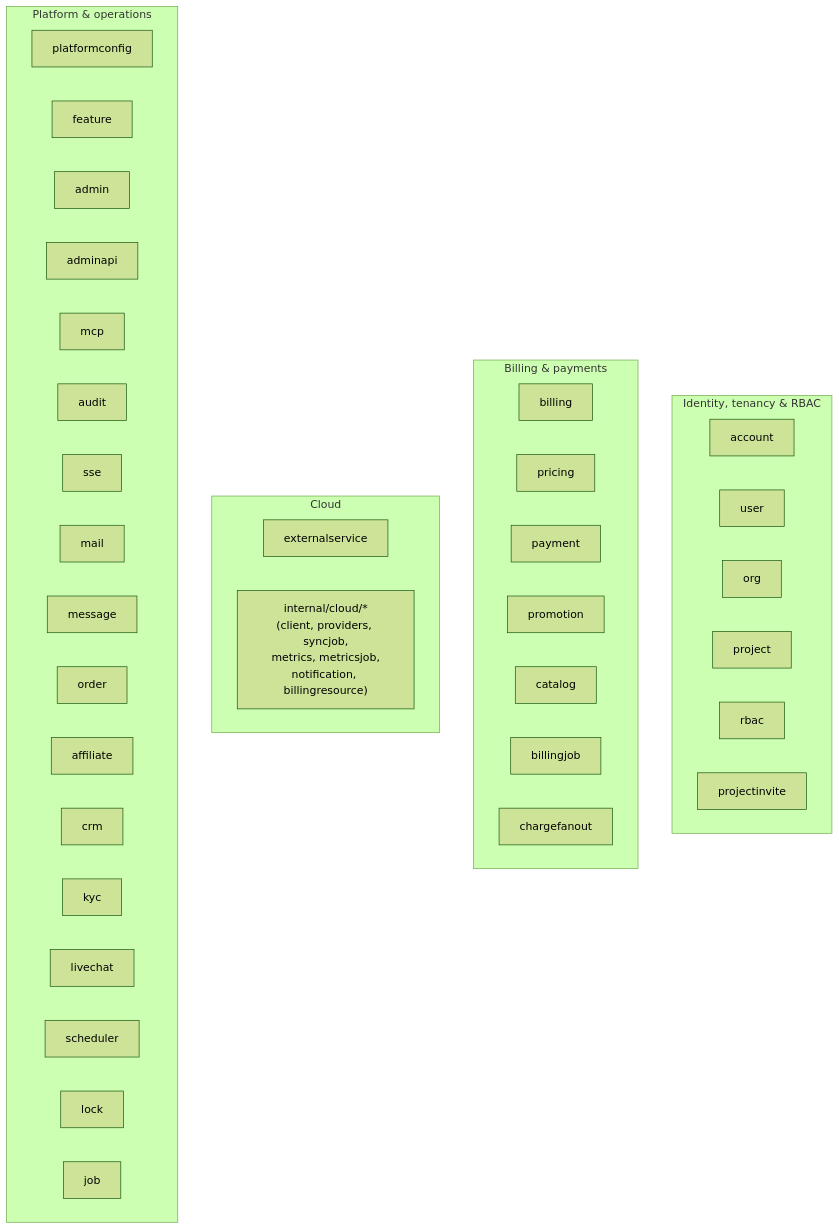
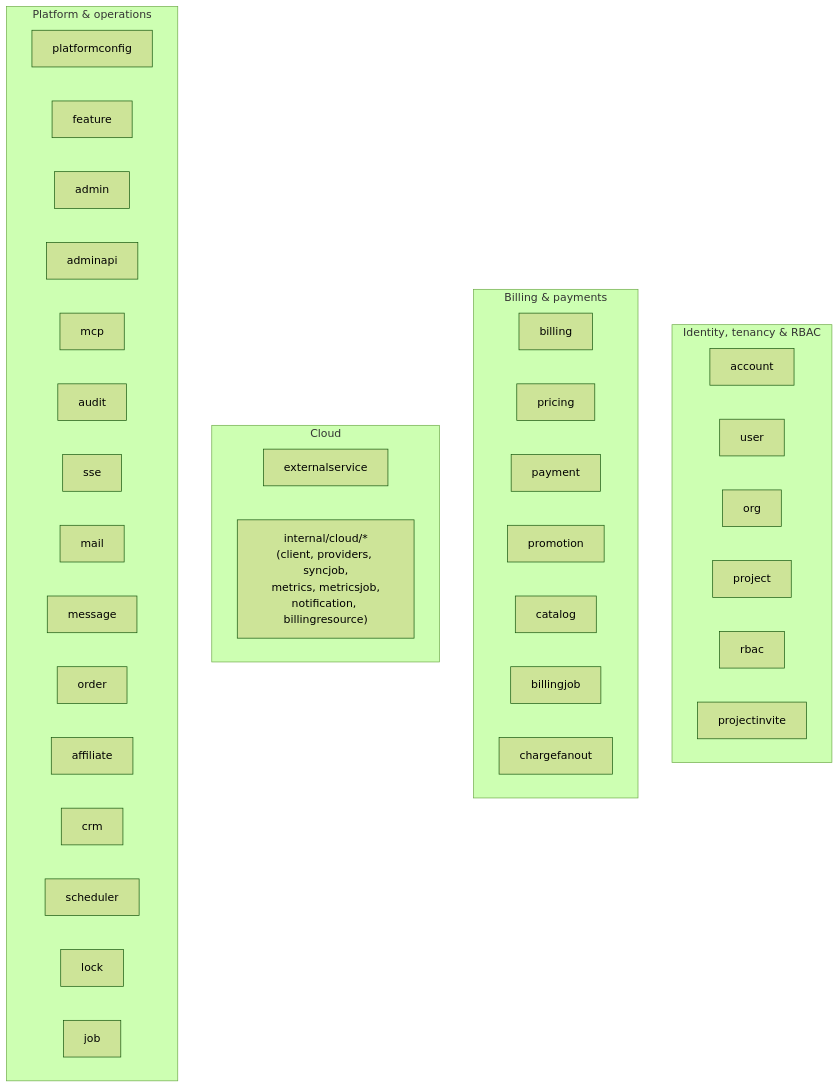
Before and after one commit to chrisschwa/stratos: the sixth of 7 diagrams in docs/architecture.md, drawn with Mermaid (forest theme). The commit also changed other lines of this file and 24 other files, not shown here.

````diff
--- a/docs/architecture.md
+++ b/docs/architecture.md
@@ -286,43 +286,41 @@
 ```mermaid
 flowchart TB
     subgraph ID["Identity, tenancy & RBAC"]
         account["account"]
         user["user"]
         org["org"]
         project["project"]
         rbac["rbac"]
         projectinvite["projectinvite"]
     end
     subgraph BILL["Billing & payments"]
         billing["billing"]
         pricing["pricing"]
         payment["payment"]
         promotion["promotion"]
         catalog["catalog"]
         billingjob["billingjob"]
         chargefanout["chargefanout"]
     end
     subgraph CLOUD["Cloud"]
         externalservice["externalservice"]
         cloudpkg["internal/cloud/*<br/>(client, providers, syncjob,<br/>metrics, metricsjob,<br/>notification, billingresource)"]
     end
     subgraph PLAT["Platform & operations"]
         platformconfig["platformconfig"]
         feature["feature"]
         admin["admin"]
         adminapi["adminapi"]
         mcp["mcp"]
         audit["audit"]
         sse["sse"]
         mail["mail"]
         message["message"]
         order["order"]
         affiliate["affiliate"]
         crm["crm"]
-        kyc["kyc"]
-        livechat["livechat"]
         scheduler["scheduler"]
         lock["lock"]
         job["job"]
     end
 ```
````
